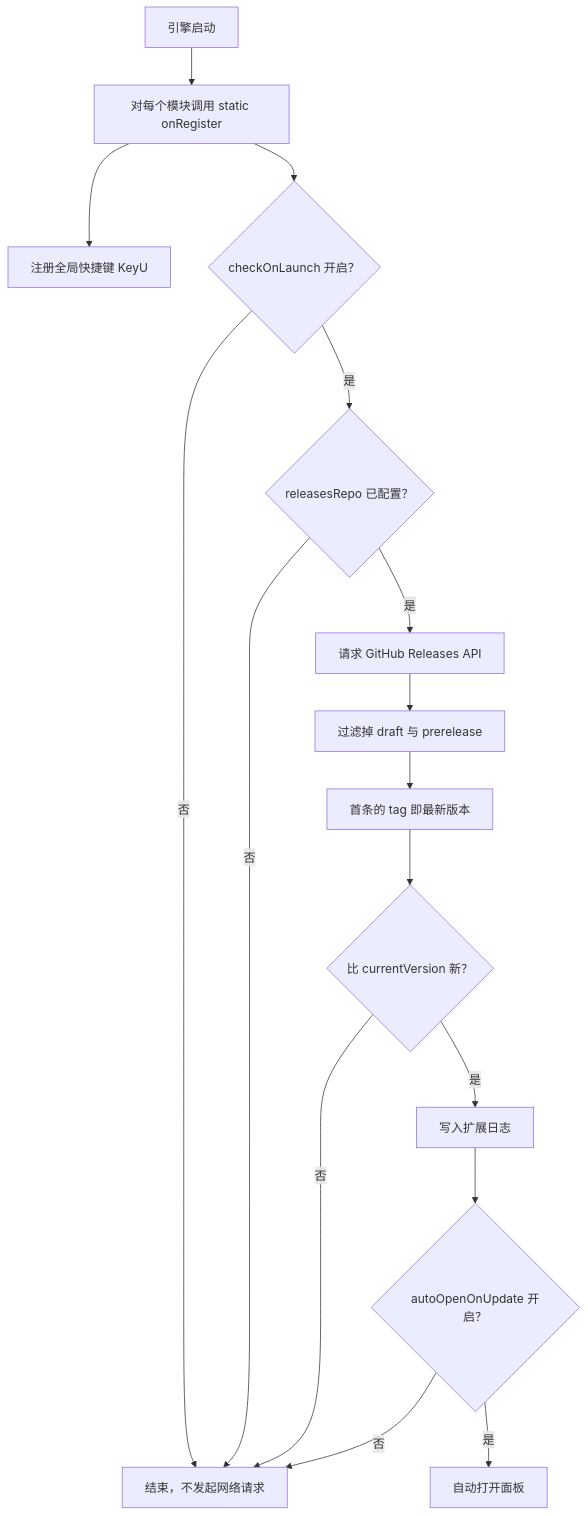
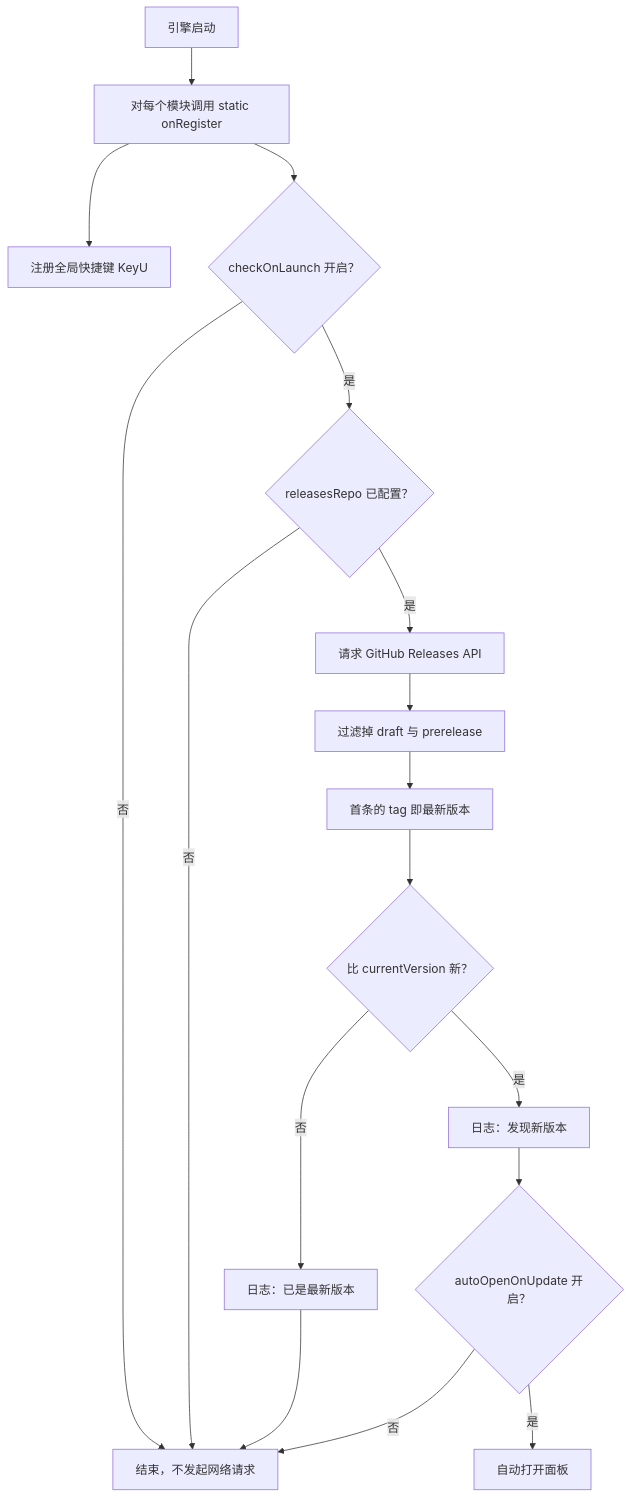
One commit to Structuretxwd/LetsGal-Studio-Extension changed the second of 3 diagrams in README.md. Above: the diagram before and after it, drawn with Mermaid. The commit also changed other lines of this file and 4 other files, not shown here.

````diff
--- a/README.md
+++ b/README.md
@@ -67,18 +69,19 @@
 ```mermaid
 flowchart TD
     A["引擎启动"] --> B["对每个模块调用 static onRegister"]
     B --> C["注册全局快捷键 KeyU"]
     B --> D{"checkOnLaunch 开启？"}
     D -->|否| Z["结束，不发起网络请求"]
     D -->|是| E{"releasesRepo 已配置？"}
     E -->|否| Z
     E -->|是| F["请求 GitHub Releases API"]
     F --> G["过滤掉 draft 与 prerelease"]
     G --> H["首条的 tag 即最新版本"]
     H --> I{"比 currentVersion 新？"}
-    I -->|否| Z
-    I -->|是| J["写入扩展日志"]
+    I -->|否| Y["日志：已是最新版本"]
+    Y --> Z
+    I -->|是| J["日志：发现新版本"]
     J --> K{"autoOpenOnUpdate 开启？"}
     K -->|否| Z
     K -->|是| L["自动打开面板"]
 ```
````
